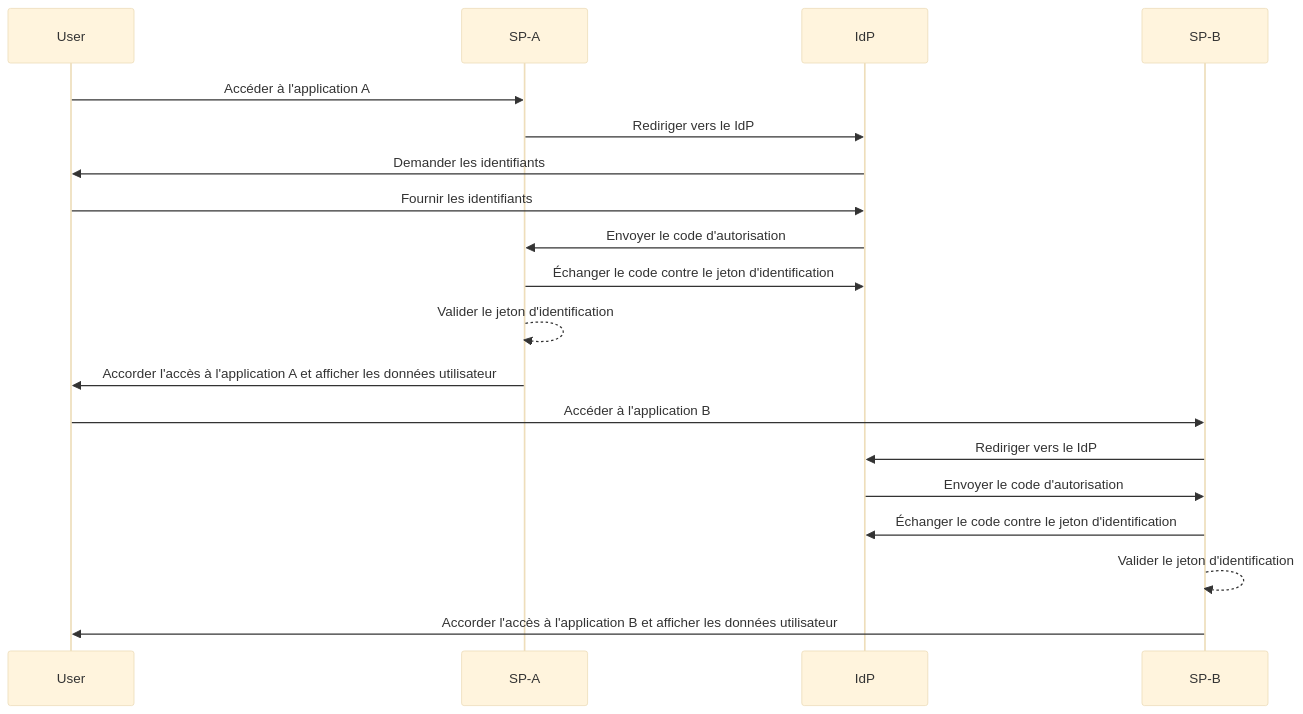
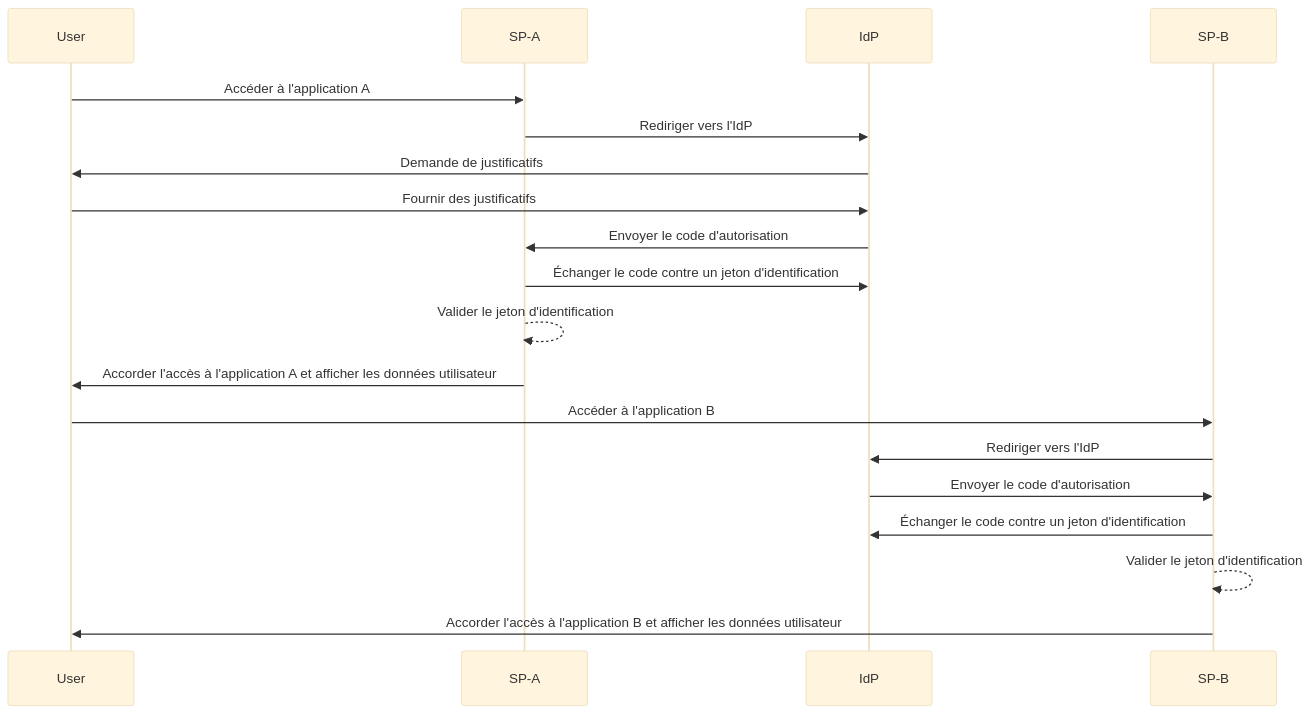
One commit to logto-io/auth-wiki changed the second of 2 diagrams in src/content/terms/fr/single-sign-on.mdx. Above: the diagram before and after it, drawn with Mermaid (base theme). The commit also changed other lines of this file and 48 other files, not shown here.

````diff
--- a/src/content/terms/fr/single-sign-on.mdx
+++ b/src/content/terms/fr/single-sign-on.mdx
@@ -54,22 +54,22 @@
 ```mermaid
 sequenceDiagram
     participant User
     participant SP-A
     participant IdP
     participant SP-B
 
     User->>SP-A: Accéder à l'application A
-    SP-A->>IdP: Rediriger vers le IdP
-    IdP->>User: Demander les identifiants
-    User->>IdP: Fournir les identifiants
+    SP-A->>IdP: Rediriger vers l'IdP
+    IdP->>User: Demande de justificatifs
+    User->>IdP: Fournir des justificatifs
     IdP->>SP-A: Envoyer le code d'autorisation
-    SP-A->>IdP: Échanger le code contre le jeton d'identification
+    SP-A->>IdP: Échanger le code contre un jeton d'identification
     SP-A-->>SP-A: Valider le jeton d'identification
     SP-A->>User: Accorder l'accès à l'application A et afficher les données utilisateur
     User->>SP-B: Accéder à l'application B
-    SP-B->>IdP: Rediriger vers le IdP
+    SP-B->>IdP: Rediriger vers l'IdP
     IdP->>SP-B: Envoyer le code d'autorisation
-    SP-B->>IdP: Échanger le code contre le jeton d'identification
+    SP-B->>IdP: Échanger le code contre un jeton d'identification
     SP-B-->>SP-B: Valider le jeton d'identification
     SP-B->>User: Accorder l'accès à l'application B et afficher les données utilisateur
 ```
````
